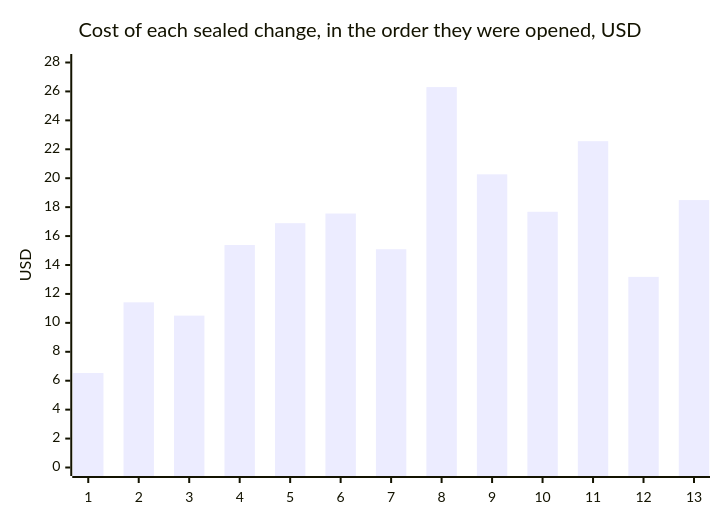
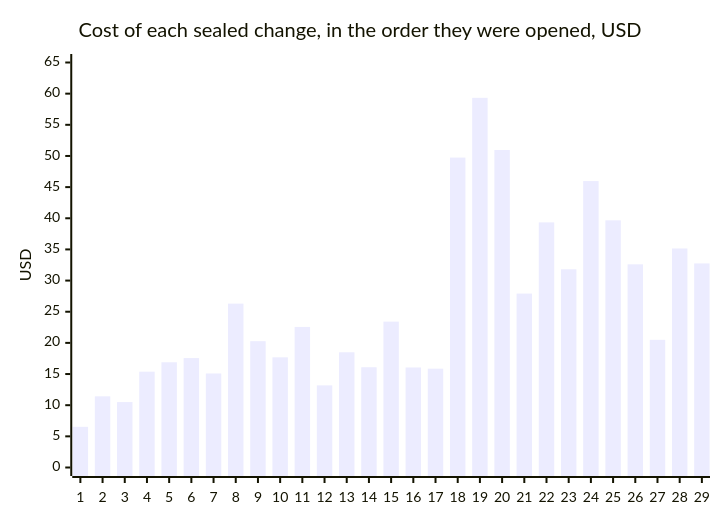
The second of 3 diagrams in docs/build_cost.md (eyalgo/ka-reader), drawn with Mermaid before and after one commit. The commit also changed other lines of this file, not shown here.

````diff
--- a/docs/build_cost.md
+++ b/docs/build_cost.md
@@ -85,7 +99,7 @@
 ```mermaid
 xychart-beta
     title "Cost of each sealed change, in the order they were opened, USD"
-    x-axis ["1", "2", "3", "4", "5", "6", "7", "8", "9", "10", "11", "12", "13"]
-    y-axis "USD" 0 --> 28
-    bar [6.53, 11.42, 10.5, 15.38, 16.89, 17.56, 15.09, 26.3, 20.27, 17.68, 22.56, 13.18, 18.49]
+    x-axis ["1", "2", "3", "4", "5", "6", "7", "8", "9", "10", "11", "12", "13", "14", "15", "16", "17", "18", "19", "20", "21", "22", "23", "24", "25", "26", "27", "28", "29"]
+    y-axis "USD" 0 --> 65
+    bar [6.53, 11.42, 10.5, 15.38, 16.89, 17.56, 15.09, 26.3, 20.27, 17.68, 22.56, 13.18, 18.49, 16.09, 23.41, 16.05, 15.86, 49.74, 59.33, 50.96, 27.91, 39.34, 31.81, 45.97, 39.67, 32.61, 20.49, 35.15, 32.75]
 ```
````
